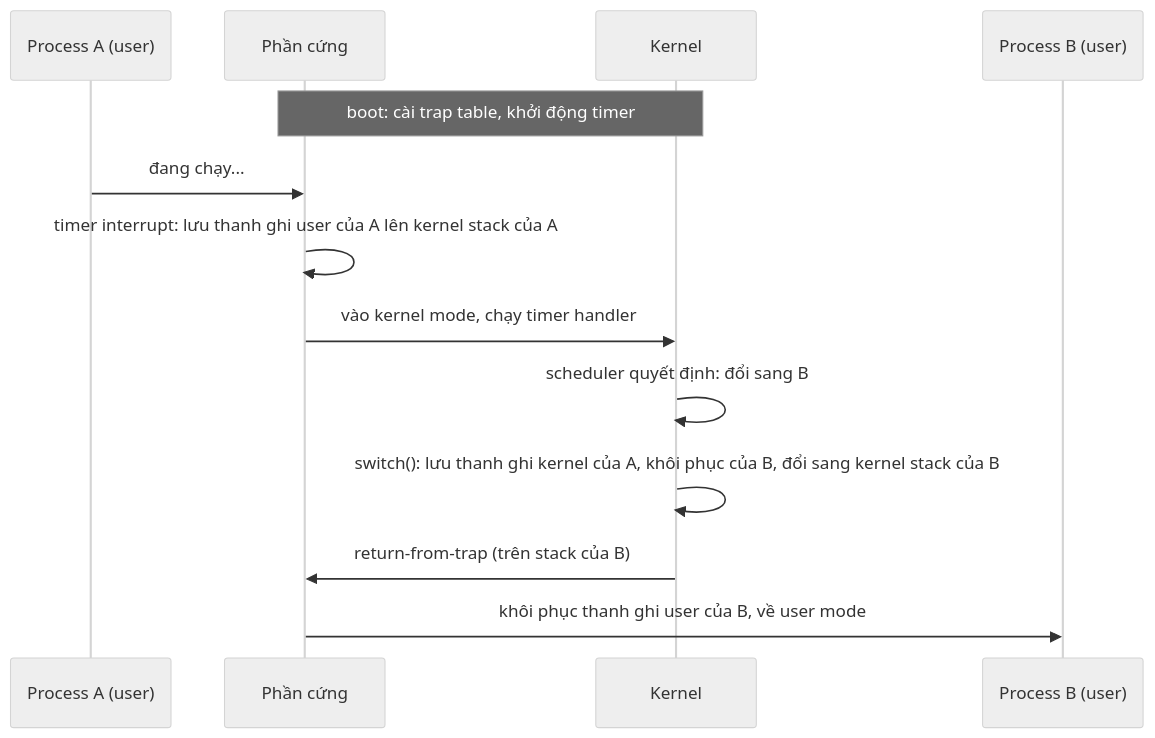
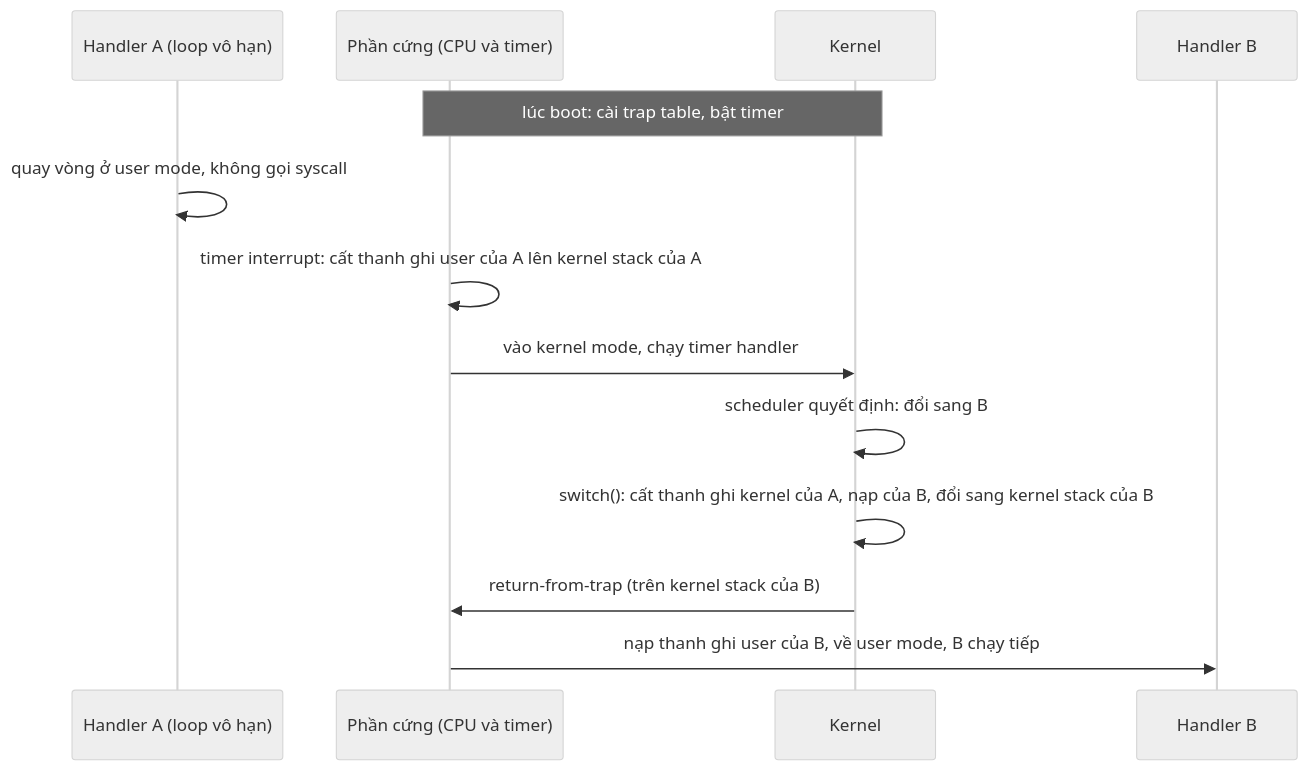
Before and after one commit to pirumu/irust: the fourth of 5 diagrams in docs/01-linux/01-os-va-kernel.md, drawn with Mermaid (neutral theme). The commit also changed other lines of this file, not shown here.

````diff
--- a/docs/01-linux/01-os-va-kernel.md
+++ b/docs/01-linux/01-os-va-kernel.md
@@ -216,15 +453,15 @@
 ```mermaid
 sequenceDiagram
-  participant A as Process A (user)
-  participant HW as Phần cứng
-  participant OS as Kernel
-  participant B as Process B (user)
-  Note over OS,HW: boot: cài trap table, khởi động timer
-  A->>HW: đang chạy...
-  HW->>HW: timer interrupt: lưu thanh ghi user của A lên kernel stack của A
-  HW->>OS: vào kernel mode, chạy timer handler
-  OS->>OS: scheduler quyết định: đổi sang B
-  OS->>OS: switch(): lưu thanh ghi kernel của A, khôi phục của B, đổi sang kernel stack của B
-  OS->>HW: return-from-trap (trên stack của B)
-  HW->>B: khôi phục thanh ghi user của B, về user mode
+  participant A as Handler A (loop vô hạn)
+  participant HW as Phần cứng (CPU và timer)
+  participant K as Kernel
+  participant B as Handler B
+  Note over K,HW: lúc boot: cài trap table, bật timer
+  A->>A: quay vòng ở user mode, không gọi syscall
+  HW->>HW: timer interrupt: cất thanh ghi user của A lên kernel stack của A
+  HW->>K: vào kernel mode, chạy timer handler
+  K->>K: scheduler quyết định: đổi sang B
+  K->>K: switch(): cất thanh ghi kernel của A, nạp của B, đổi sang kernel stack của B
+  K->>HW: return-from-trap (trên kernel stack của B)
+  HW->>B: nạp thanh ghi user của B, về user mode, B chạy tiếp
 ```
````
